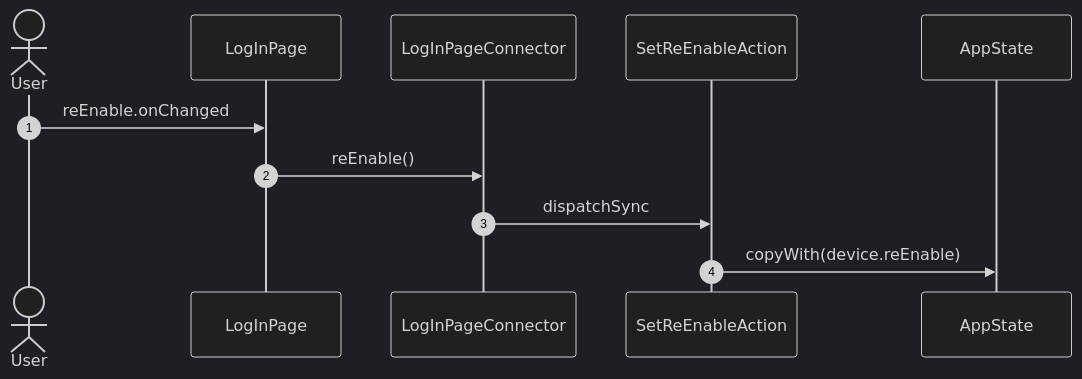
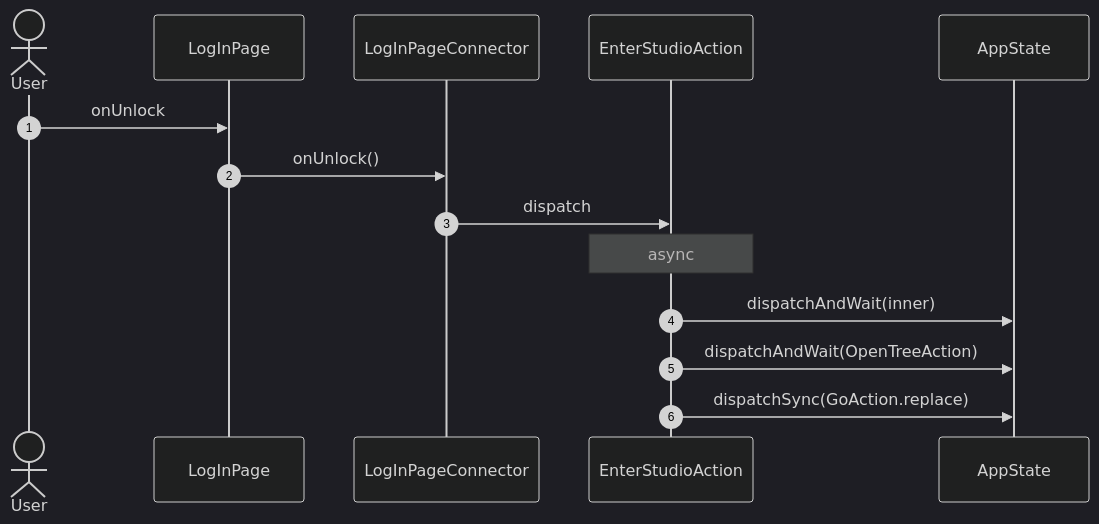
One commit to gencto/wyrm changed diagram 16 of 19 in studio/docs/flows/logIn.md. Above: the diagram before and after it, drawn with Mermaid (dark theme). The commit also changed other lines of this file and 90 other files, not shown here.

First line of the commit message:
studio: log-in: typed values, words in ui, one action per intent

````diff
--- a/studio/docs/flows/logIn.md
+++ b/studio/docs/flows/logIn.md
@@ -216,14 +312,17 @@
 ```mermaid
 sequenceDiagram
     autonumber
     actor User
     participant UI as LogInPage
     participant VM as LogInPageConnector
-    participant A1 as SetReEnableAction
+    participant A1 as EnterStudioAction
     participant ST as AppState
 
-    User->>UI: reEnable.onChanged
-    UI->>VM: reEnable()
-    VM->>A1: dispatchSync
-    A1->>ST: copyWith(device.reEnable)
+    User->>UI: onUnlock
+    UI->>VM: onUnlock()
+    VM->>A1: dispatch
+    Note over A1: async
+    A1->>ST: dispatchAndWait(inner)
+    A1->>ST: dispatchAndWait(OpenTreeAction)
+    A1->>ST: dispatchSync(GoAction.replace)
 ```
````
